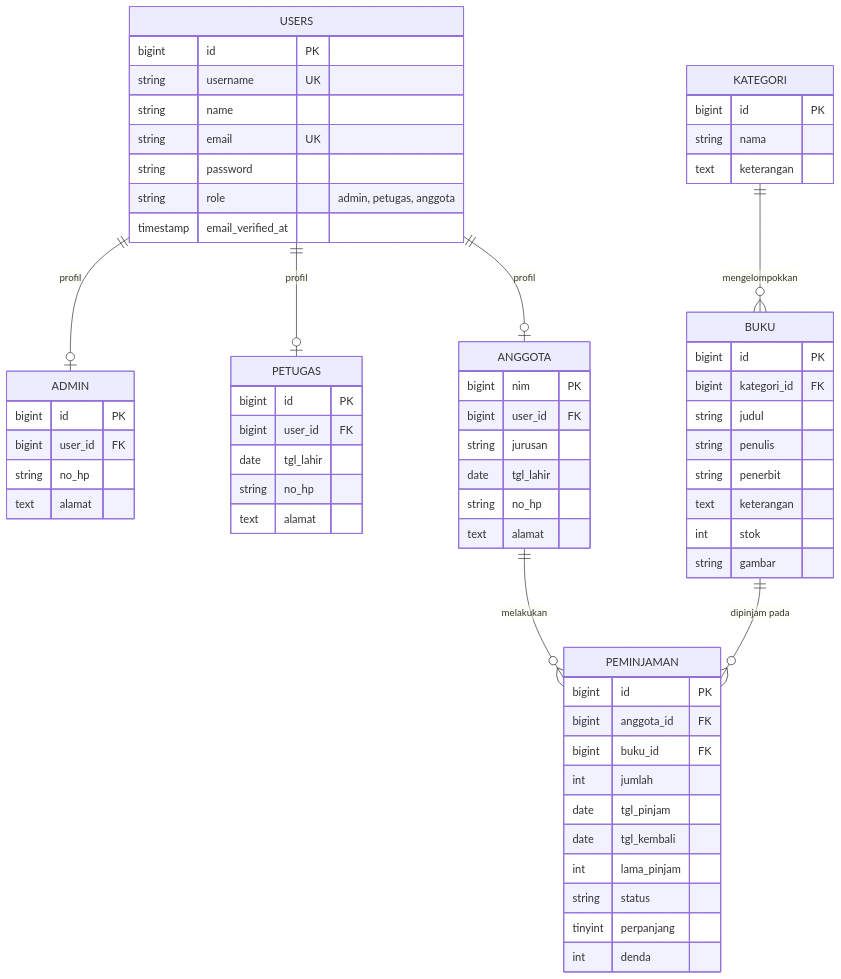
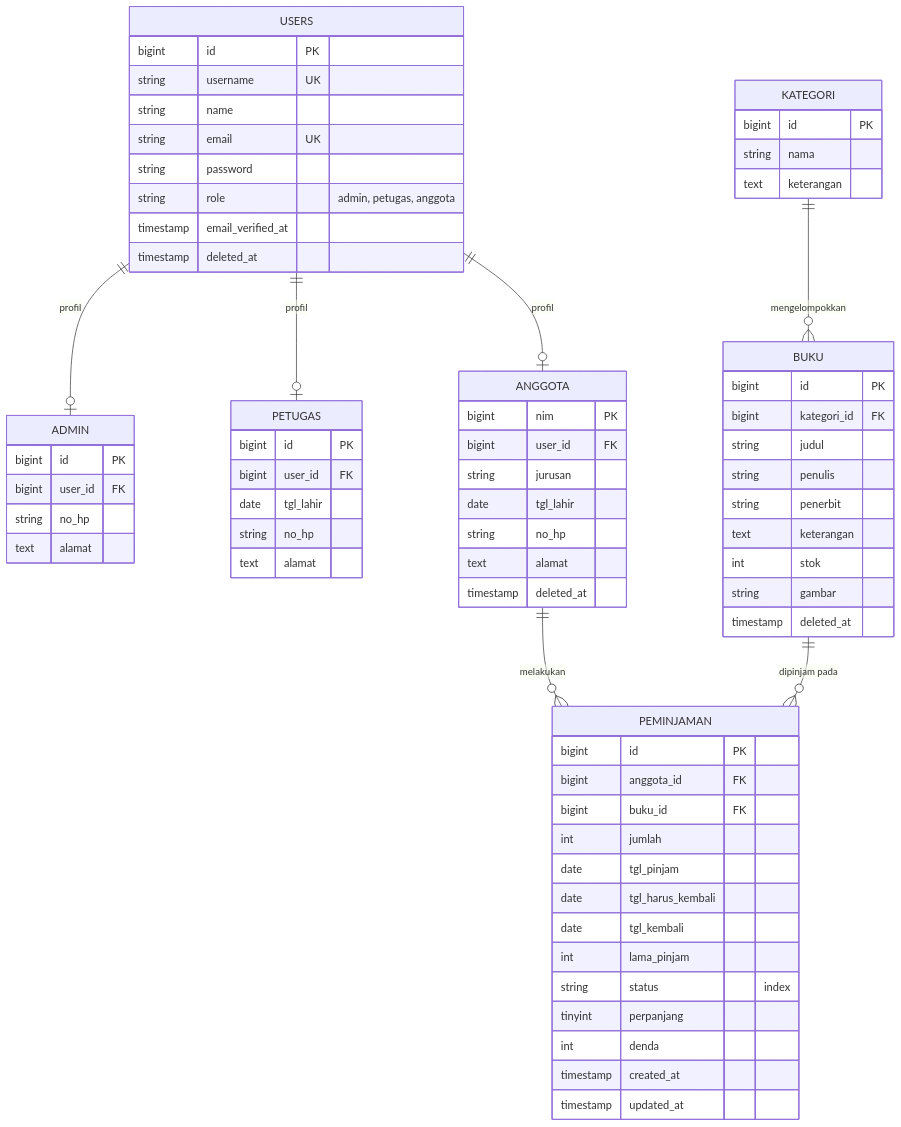
Before and after one commit to Almasyriqi/Laravel_Web_Perpustakaan: the first of 2 diagrams in README.md, drawn with Mermaid. The commit also changed other lines of this file, not shown here.

First line of the commit message:
docs: README — tandai roadmap Prioritas Menengah selesai

````diff
--- a/README.md
+++ b/README.md
@@ -140,67 +141,73 @@
 ```mermaid
 erDiagram
     USERS ||--o| ADMIN : "profil"
     USERS ||--o| PETUGAS : "profil"
     USERS ||--o| ANGGOTA : "profil"
     KATEGORI ||--o{ BUKU : "mengelompokkan"
     ANGGOTA ||--o{ PEMINJAMAN : "melakukan"
     BUKU ||--o{ PEMINJAMAN : "dipinjam pada"
 
     USERS {
         bigint id PK
         string username UK
         string name
         string email UK
         string password
         string role "admin, petugas, anggota"
         timestamp email_verified_at
+        timestamp deleted_at
     }
     ADMIN {
         bigint id PK
         bigint user_id FK
         string no_hp
         text alamat
     }
     PETUGAS {
         bigint id PK
         bigint user_id FK
         date tgl_lahir
         string no_hp
         text alamat
     }
     ANGGOTA {
         bigint nim PK
         bigint user_id FK
         string jurusan
         date tgl_lahir
         string no_hp
         text alamat
+        timestamp deleted_at
     }
     KATEGORI {
         bigint id PK
         string nama
         text keterangan
     }
     BUKU {
         bigint id PK
         bigint kategori_id FK
         string judul
         string penulis
         string penerbit
         text keterangan
         int stok
         string gambar
+        timestamp deleted_at
     }
     PEMINJAMAN {
         bigint id PK
         bigint anggota_id FK
         bigint buku_id FK
         int jumlah
         date tgl_pinjam
+        date tgl_harus_kembali
         date tgl_kembali
         int lama_pinjam
-        string status
+        string status "index"
         tinyint perpanjang
         int denda
+        timestamp created_at
+        timestamp updated_at
     }
 ```
````
